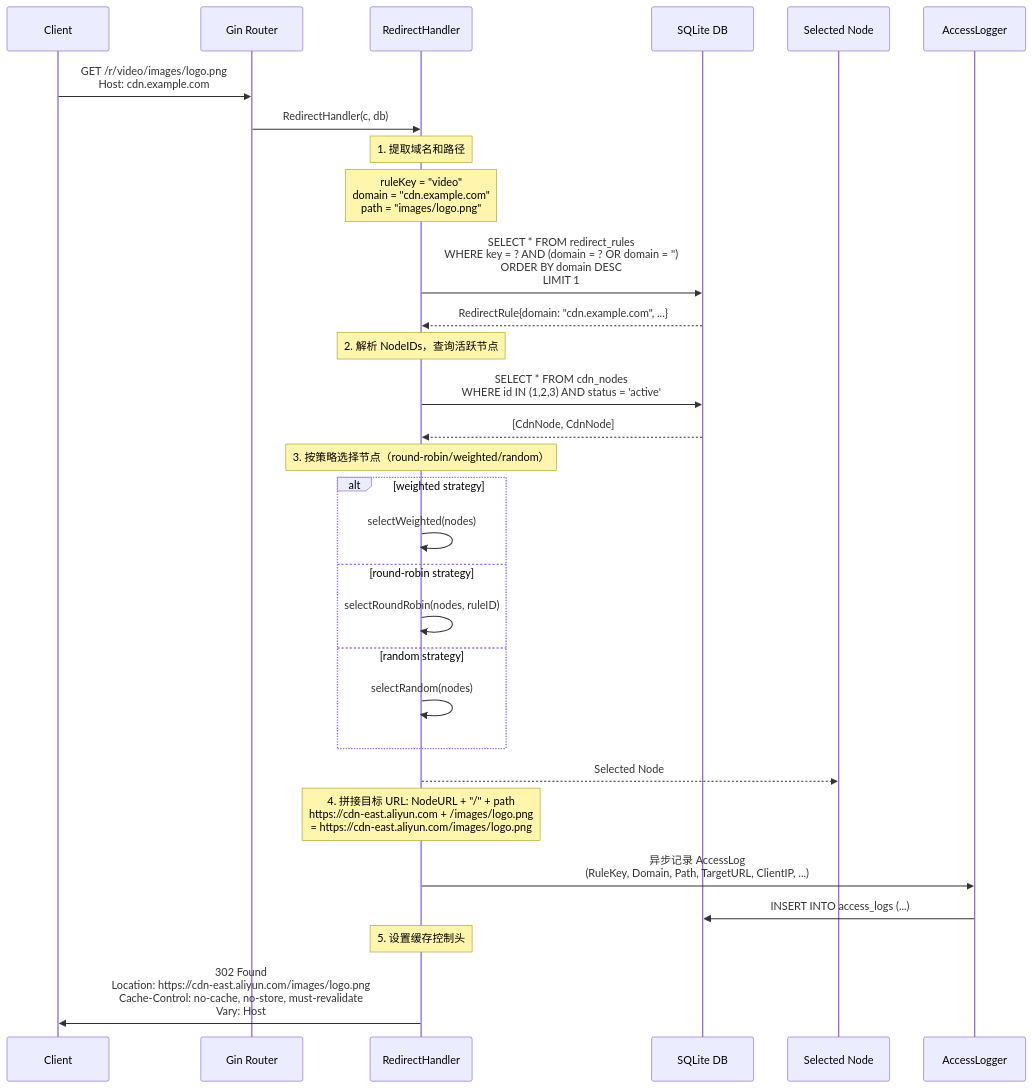
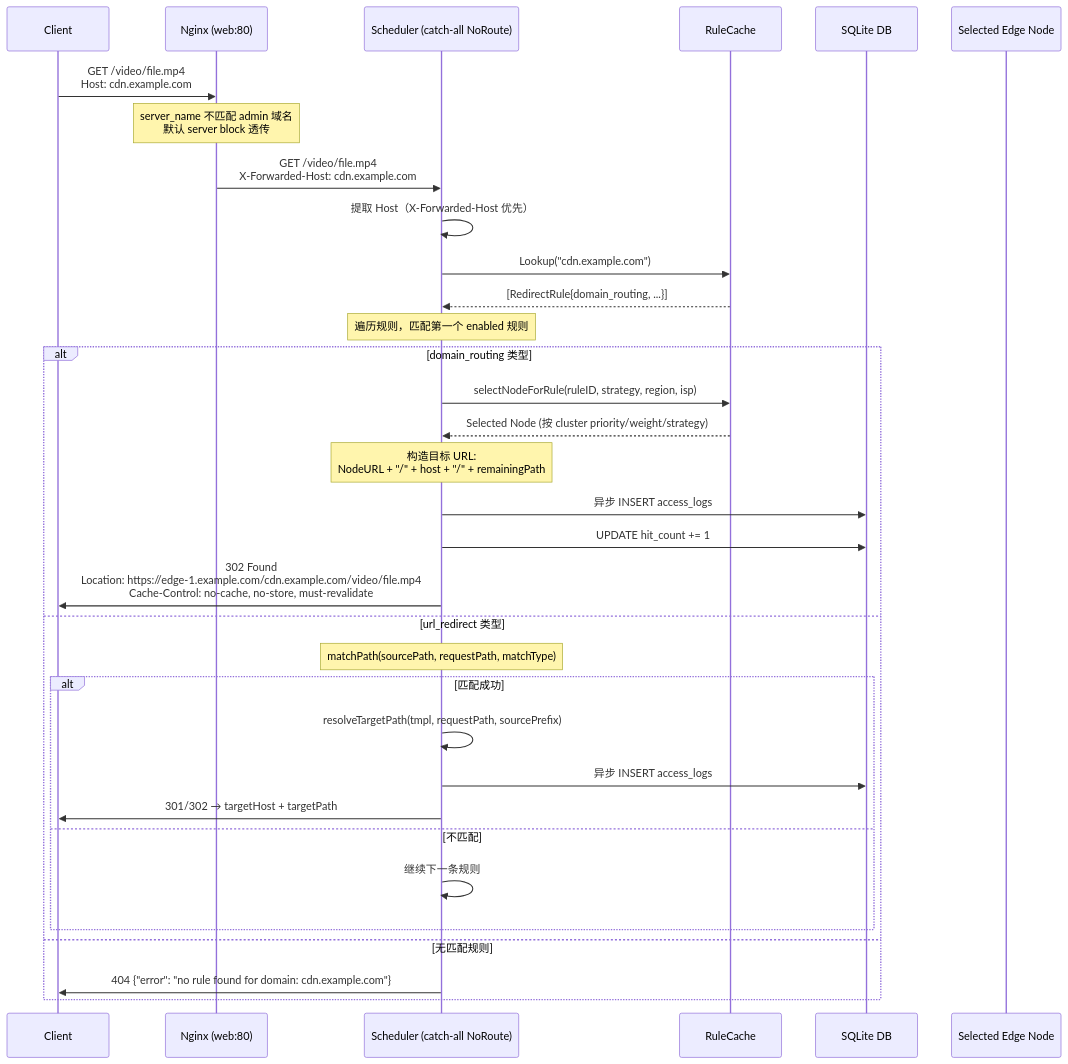
The first of 4 diagrams in deliverables/arch/incremental-arch-v2.md (LiusCraft/Veer), drawn with Mermaid before and after one commit. The commit also changed other lines of this file and 7 other files, not shown here.

````diff
--- a/deliverables/arch/incremental-arch-v2.md
+++ b/deliverables/arch/incremental-arch-v2.md
@@ -270,48 +277,46 @@
 ```mermaid
 sequenceDiagram
     participant Client
-    participant Gin as Gin Router
-    participant Redirect as RedirectHandler
+    participant Nginx as Nginx (web:80)
+    participant Sched as Scheduler (catch-all NoRoute)
+    participant Cache as RuleCache
     participant DB as SQLite DB
-    participant Node as Selected Node
-    participant Logger as AccessLogger
+    participant Node as Selected Edge Node
 
-    Client->>Gin: GET /r/video/images/logo.png<br/>Host: cdn.example.com
+    Client->>Nginx: GET /video/file.mp4<br/>Host: cdn.example.com
 
-    Gin->>Redirect: RedirectHandler(c, db)
+    Note over Nginx: server_name 不匹配 admin 域名<br/>默认 server block 透传
 
-    Note over Redirect: 1. 提取域名和路径
-    Note over Redirect: ruleKey = "video"<br/>domain = "cdn.example.com"<br/>path = "images/logo.png"
+    Nginx->>Sched: GET /video/file.mp4<br/>X-Forwarded-Host: cdn.example.com
 
-    Redirect->>DB: SELECT * FROM redirect_rules<br/>WHERE key = ? AND (domain = ? OR domain = '')<br/>ORDER BY domain DESC<br/>LIMIT 1
+    Sched->>Sched: 提取 Host（X-Forwarded-Host 优先）
+    Sched->>Cache: Lookup("cdn.example.com")
 
-    DB-->>Redirect: RedirectRule{domain: "cdn.example.com", ...}
+    Cache-->>Sched: [RedirectRule{domain_routing, ...}]
 
-    Note over Redirect: 2. 解析 NodeIDs，查询活跃节点
+    Note over Sched: 遍历规则，匹配第一个 enabled 规则
 
-    Redirect->>DB: SELECT * FROM cdn_nodes<br/>WHERE id IN (1,2,3) AND status = 'active'
+    alt domain_routing 类型
+        Sched->>Cache: selectNodeForRule(ruleID, strategy, region, isp)
+        Cache-->>Sched: Selected Node (按 cluster priority/weight/strategy)
 
-    DB-->>Redirect: [CdnNode, CdnNode]
+        Note over Sched: 构造目标 URL:<br/>NodeURL + "/" + host + "/" + remainingPath
 
-    Note over Redirect: 3. 按策略选择节点（round-robin/weighted/random）
+        Sched->>DB: 异步 INSERT access_logs
+        Sched->>DB: UPDATE hit_count += 1
 
-    alt weighted strategy
-        Redirect->>Redirect: selectWeighted(nodes)
-    else round-robin strategy
-        Redirect->>Redirect: selectRoundRobin(nodes, ruleID)
-    else random strategy
-        Redirect->>Redirect: selectRandom(nodes)
+        Sched->>Client: 302 Found<br/>Location: https://edge-1.example.com/cdn.example.com/video/file.mp4<br/>Cache-Control: no-cache, no-store, must-revalidate
+
+    else url_redirect 类型
+        Note over Sched: matchPath(sourcePath, requestPath, matchType)
+        alt 匹配成功
+            Sched->>Sched: resolveTargetPath(tmpl, requestPath, sourcePrefix)
+            Sched->>DB: 异步 INSERT access_logs
+            Sched->>Client: 301/302 → targetHost + targetPath
+        else 不匹配
+            Sched->>Sched: 继续下一条规则
+        end
+    else 无匹配规则
+        Sched->>Client: 404 {"error": "no rule found for domain: cdn.example.com"}
     end
-
-    Redirect-->>Node: Selected Node
-
-    Note over Redirect: 4. 拼接目标 URL: NodeURL + "/" + path<br/>https://cdn-east.aliyun.com + /images/logo.png<br/>= https://cdn-east.aliyun.com/images/logo.png
-
-    Redirect->>Logger: 异步记录 AccessLog<br/>(RuleKey, Domain, Path, TargetURL, ClientIP, ...)
-
-    Logger->>DB: INSERT INTO access_logs (...)
-
-    Note over Redirect: 5. 设置缓存控制头
-
-    Redirect->>Client: 302 Found<br/>Location: https://cdn-east.aliyun.com/images/logo.png<br/>Cache-Control: no-cache, no-store, must-revalidate<br/>Vary: Host
 ```
````
